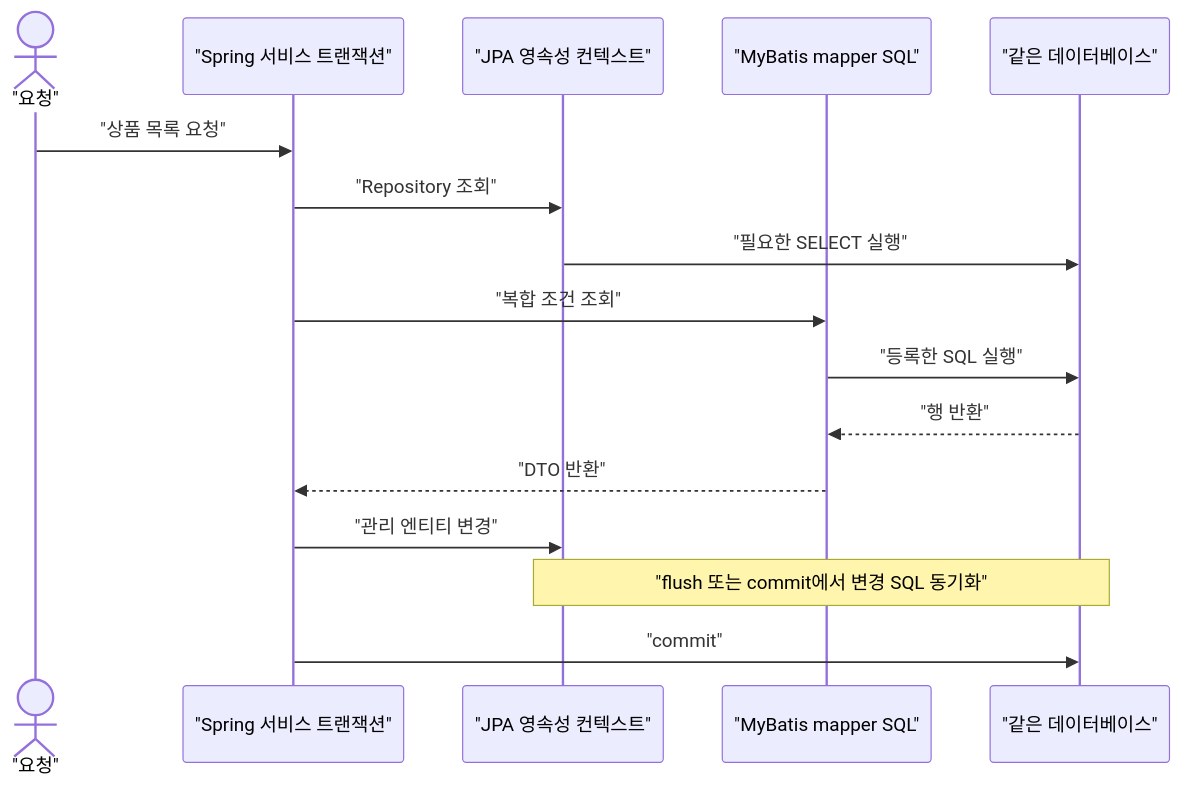
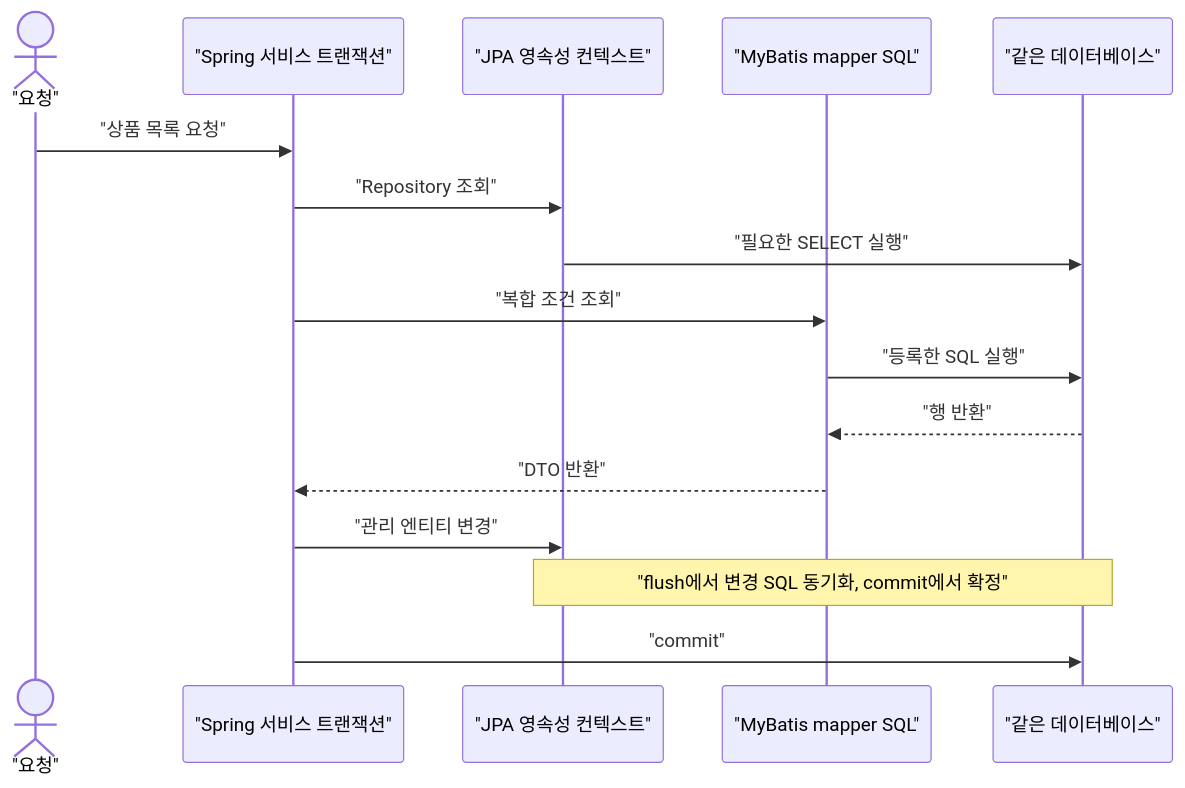
The diagram in docs/knowledge/W05-jpa-vs-mybatis-strategy.md (ai-ext/javaExperience), drawn with Mermaid before and after one commit. The commit also changed other lines of this file and 21 other files, not shown here.

````diff
--- a/docs/knowledge/W05-jpa-vs-mybatis-strategy.md
+++ b/docs/knowledge/W05-jpa-vs-mybatis-strategy.md
@@ -43,18 +43,18 @@
 ```mermaid
 sequenceDiagram
     actor Client as "요청"
     participant S as "Spring 서비스 트랜잭션"
     participant P as "JPA 영속성 컨텍스트"
     participant M as "MyBatis mapper SQL"
     participant DB as "같은 데이터베이스"
     Client->>S: "상품 목록 요청"
     S->>P: "Repository 조회"
     P->>DB: "필요한 SELECT 실행"
     S->>M: "복합 조건 조회"
     M->>DB: "등록한 SQL 실행"
     DB-->>M: "행 반환"
     M-->>S: "DTO 반환"
     S->>P: "관리 엔티티 변경"
-    Note over P,DB: "flush 또는 commit에서 변경 SQL 동기화"
+    Note over P,DB: "flush에서 변경 SQL 동기화, commit에서 확정"
     S->>DB: "commit"
 ```
````
